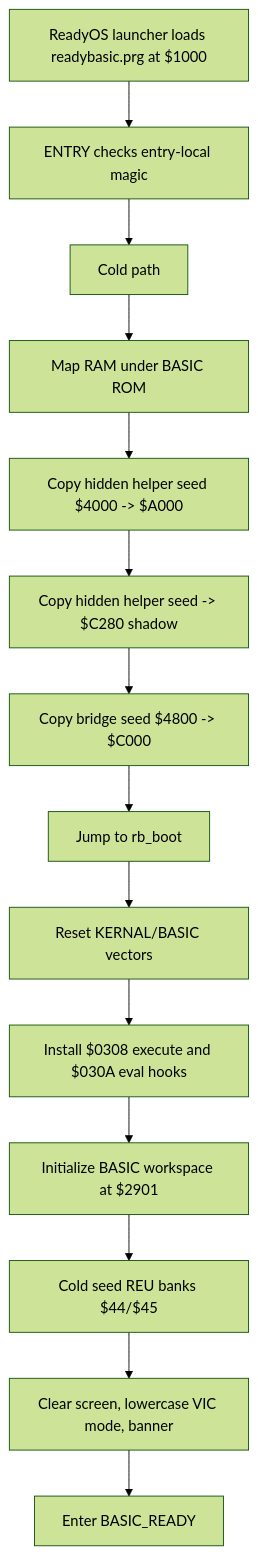
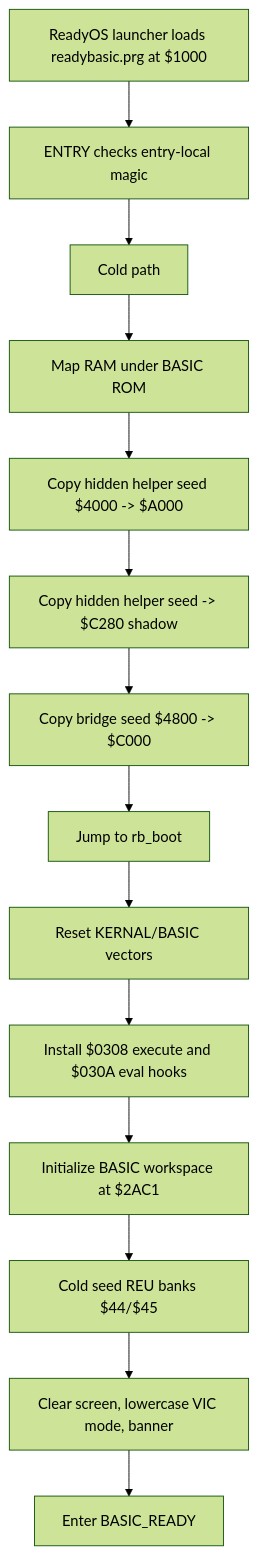
Before and after one commit to 123Onetwothree123/6502: the fourth of 8 diagrams in src/apps/readybasic/READYBASIC_LIFECYCLE_AND_REU_ARCHITECTURE.md, drawn with Mermaid (forest theme). The commit also changed other lines of this file and 9 other files, not shown here.

Commit message:
Update ReadyBASIC memory and flow docs

````diff
--- a/src/apps/readybasic/READYBASIC_LIFECYCLE_AND_REU_ARCHITECTURE.md
+++ b/src/apps/readybasic/READYBASIC_LIFECYCLE_AND_REU_ARCHITECTURE.md
@@ -303,19 +306,19 @@
 ```mermaid
 flowchart TD
   L["ReadyOS launcher loads readybasic.prg at $1000"]
   E["ENTRY checks entry-local magic"]
   C["Cold path"]
   H1["Map RAM under BASIC ROM"]
   H2["Copy hidden helper seed $4000 -> $A000"]
   H3["Copy hidden helper seed -> $C280 shadow"]
   B1["Copy bridge seed $4800 -> $C000"]
   RB["Jump to rb_boot"]
   V["Reset KERNAL/BASIC vectors"]
   I["Install $0308 execute and $030A eval hooks"]
-  W["Initialize BASIC workspace at $2901"]
+  W["Initialize BASIC workspace at $2AC1"]
   S["Cold seed REU banks $44/$45"]
   P["Clear screen, lowercase VIC mode, banner"]
   R["Enter BASIC_READY"]
 
   L --> E --> C --> H1 --> H2 --> H3 --> B1 --> RB --> V --> I --> W --> S --> P --> R
 ```
````
